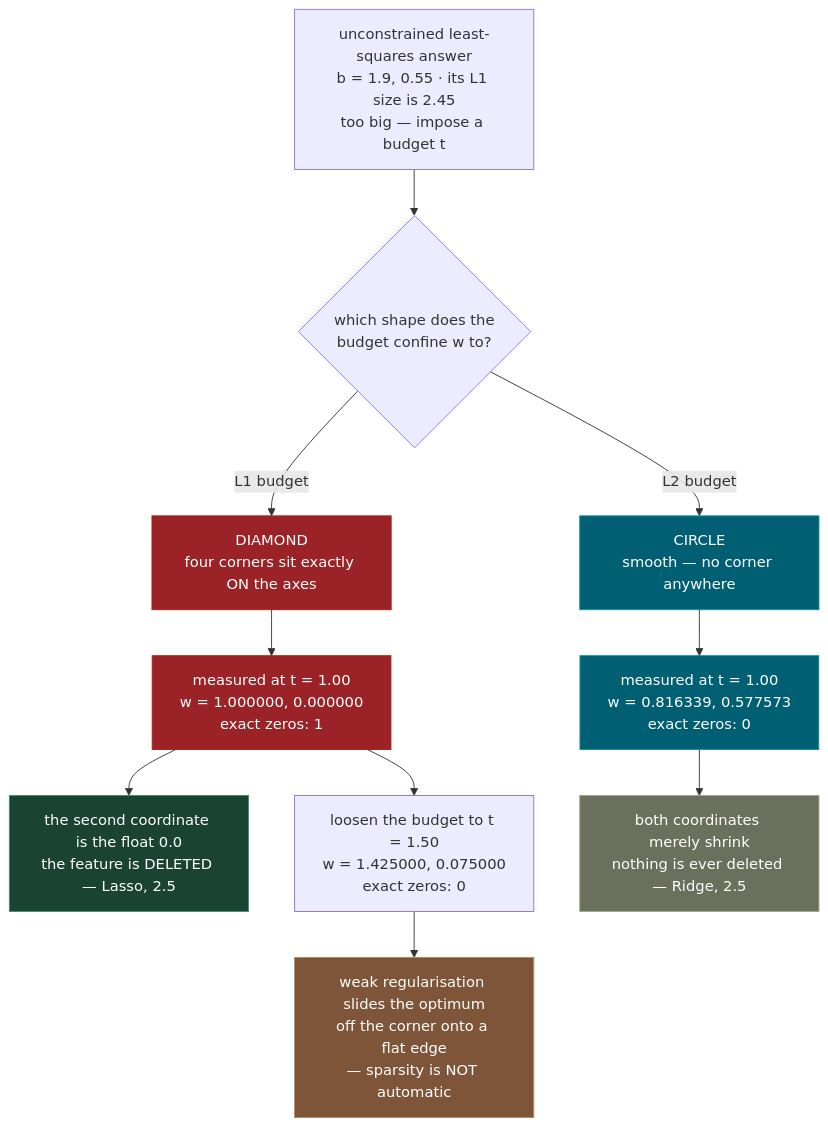
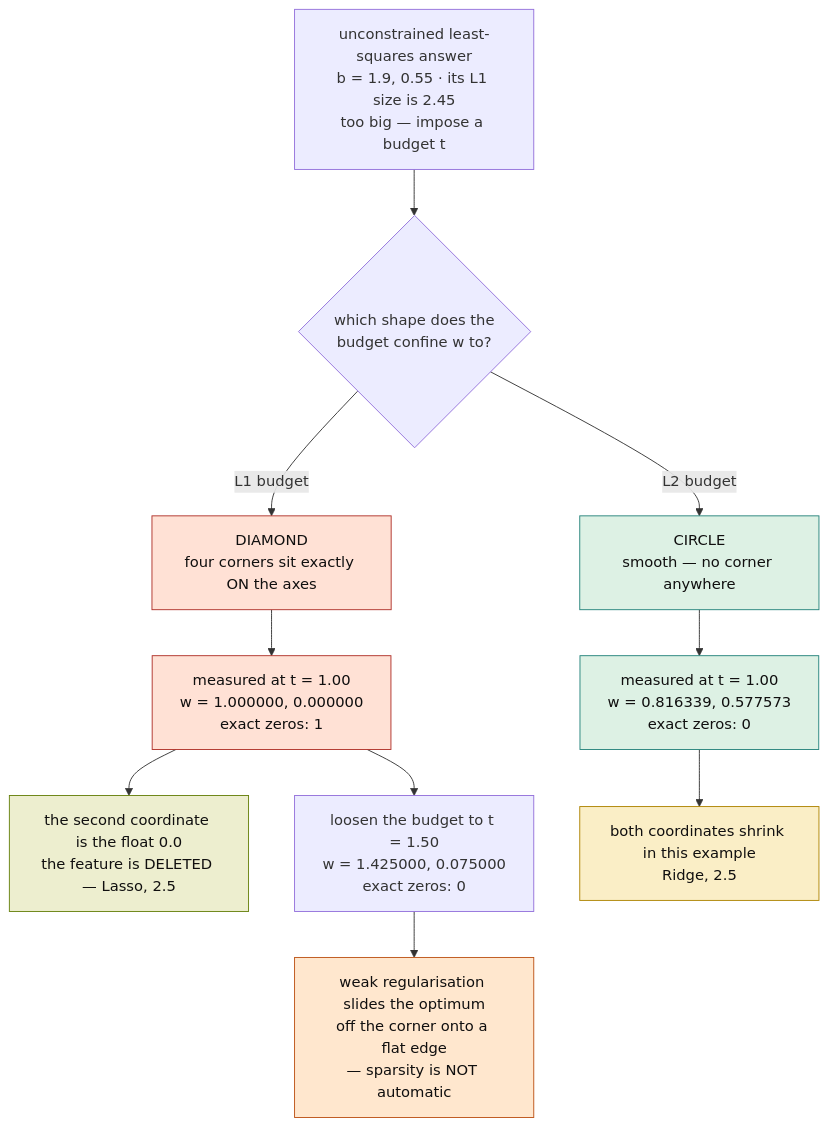
Before and after one commit to madhankumar-chiluveri/ai-ml-course: the sixth of 8 diagrams in course-path/phase-1-math-foundations/01_vectors_vector_spaces_norms.md, drawn with Mermaid. The commit also changed other lines of this file and 41 other files, not shown here.

````diff
--- a/course-path/phase-1-math-foundations/01_vectors_vector_spaces_norms.md
+++ b/course-path/phase-1-math-foundations/01_vectors_vector_spaces_norms.md
@@ -238,26 +278,28 @@
 ```mermaid
 flowchart TD
     START["unconstrained least-squares answer<br>b = 1.9, 0.55 · its L1 size is 2.45<br>too big — impose a budget t"]
 
     START --> Q{"which shape does the<br>budget confine w to?"}
 
     Q -->|"L1 budget"| D["DIAMOND<br>four corners sit exactly ON the axes"]
     Q -->|"L2 budget"| C["CIRCLE<br>smooth — no corner anywhere"]
 
     D --> DR["measured at t = 1.00<br>w = 1.000000, 0.000000<br>exact zeros: 1"]
     C --> CR["measured at t = 1.00<br>w = 0.816339, 0.577573<br>exact zeros: 0"]
 
     DR --> DZ["the second coordinate is the float 0.0<br>the feature is DELETED — Lasso, 2.5"]
-    CR --> CZ["both coordinates merely shrink<br>nothing is ever deleted — Ridge, 2.5"]
+    CR --> CZ["both coordinates shrink in this example<br>Ridge, 2.5"]
 
     DR --> LOOSE["loosen the budget to t = 1.50<br>w = 1.425000, 0.075000<br>exact zeros: 0"]
     LOOSE --> WARN["weak regularisation slides the optimum<br>off the corner onto a flat edge<br>— sparsity is NOT automatic"]
-
-    style D fill:#9b2226,stroke:#ae2012,color:#fff
-    style DR fill:#9b2226,stroke:#ae2012,color:#fff
-    style DZ fill:#1b4332,stroke:#40916c,color:#fff
-    style C fill:#005f73,stroke:#0a9396,color:#fff
-    style CR fill:#005f73,stroke:#0a9396,color:#fff
-    style CZ fill:#6b705c,stroke:#a5a58d,color:#fff
-    style WARN fill:#7f5539,stroke:#b08968,color:#fff
+    class D,DR err
+    classDef err fill:#FFE1D5,stroke:#AF3029,color:#100F0F
+    class DZ ok
+    classDef ok fill:#EDEECF,stroke:#66800B,color:#100F0F
+    class C,CR proc
+    classDef proc fill:#DDF1E4,stroke:#24837B,color:#100F0F
+    class CZ note
+    classDef note fill:#FAEEC6,stroke:#AD8301,color:#100F0F
+    class WARN warn
+    classDef warn fill:#FFE7CE,stroke:#BC5215,color:#100F0F
 ```
````
